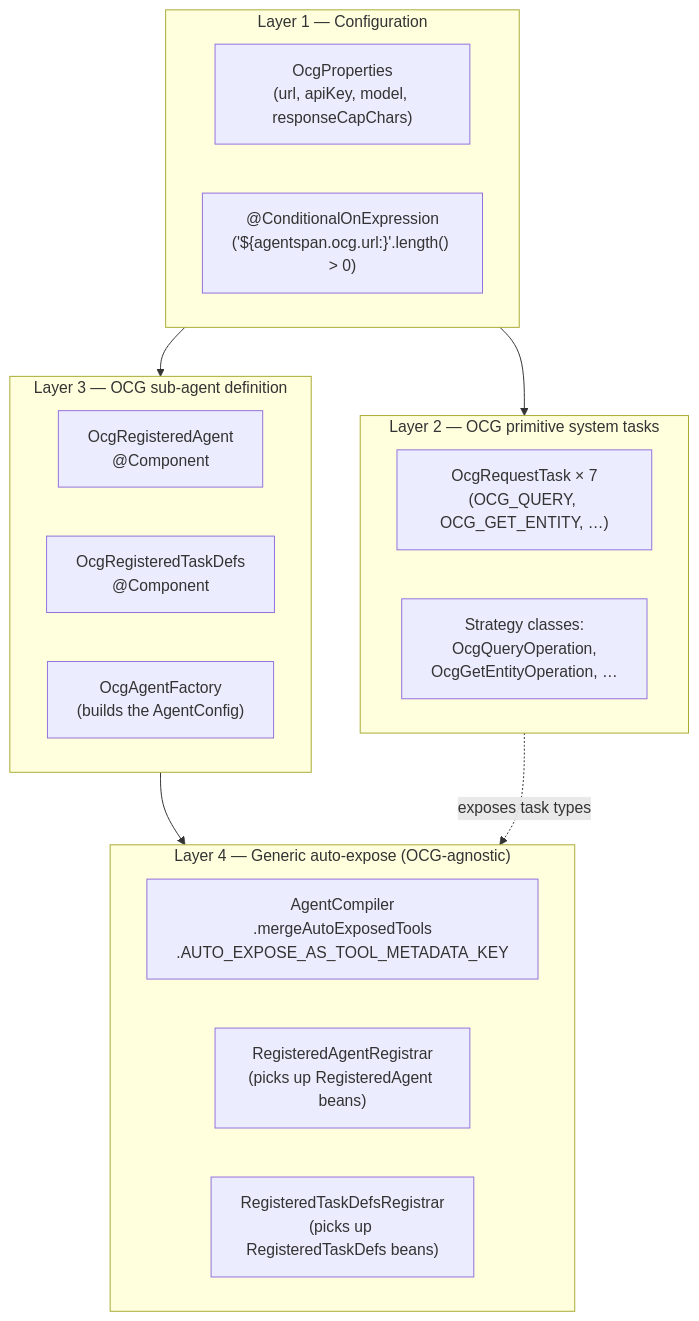
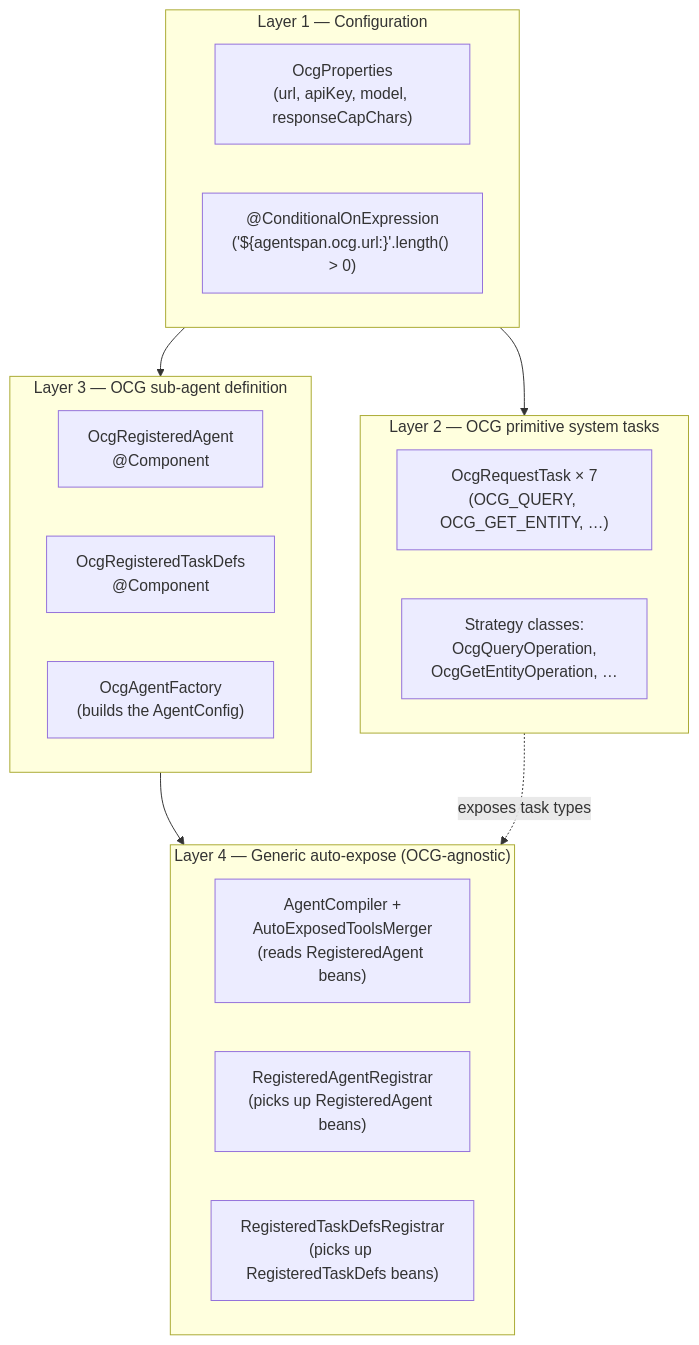
The first of 4 diagrams in docs/ocg-agent-flow.md (cakriwut/agentspan), drawn with Mermaid before and after one commit. The commit also changed other lines of this file and 7 other files, not shown here.

````diff
--- a/docs/ocg-agent-flow.md
+++ b/docs/ocg-agent-flow.md
@@ -94,26 +94,26 @@
 ```mermaid
 flowchart TB
     subgraph L4["Layer 4 — Generic auto-expose (OCG-agnostic)"]
-        AC["AgentCompiler<br/>.mergeAutoExposedTools<br/>.AUTO_EXPOSE_AS_TOOL_METADATA_KEY"]
+        AC["AgentCompiler +<br/>AutoExposedToolsMerger<br/>(reads RegisteredAgent beans)"]
         RAR["RegisteredAgentRegistrar<br/>(picks up RegisteredAgent beans)"]
         RTR["RegisteredTaskDefsRegistrar<br/>(picks up RegisteredTaskDefs beans)"]
     end
     subgraph L3["Layer 3 — OCG sub-agent definition"]
         ORA["OcgRegisteredAgent<br/>@Component"]
         ORT["OcgRegisteredTaskDefs<br/>@Component"]
         OAF["OcgAgentFactory<br/>(builds the AgentConfig)"]
     end
     subgraph L2["Layer 2 — OCG primitive system tasks"]
         OcgReq["OcgRequestTask × 7<br/>(OCG_QUERY, OCG_GET_ENTITY, …)"]
         Strats["Strategy classes:<br/>OcgQueryOperation,<br/>OcgGetEntityOperation, …"]
     end
     subgraph L1["Layer 1 — Configuration"]
         Props["OcgProperties<br/>(url, apiKey, model, responseCapChars)"]
         Cond["@ConditionalOnExpression<br/>('${agentspan.ocg.url:}'.length() > 0)"]
     end
 
     L1 --> L2
     L1 --> L3
     L3 --> L4
     L2 -.exposes task types.-> L4
 ```
````
